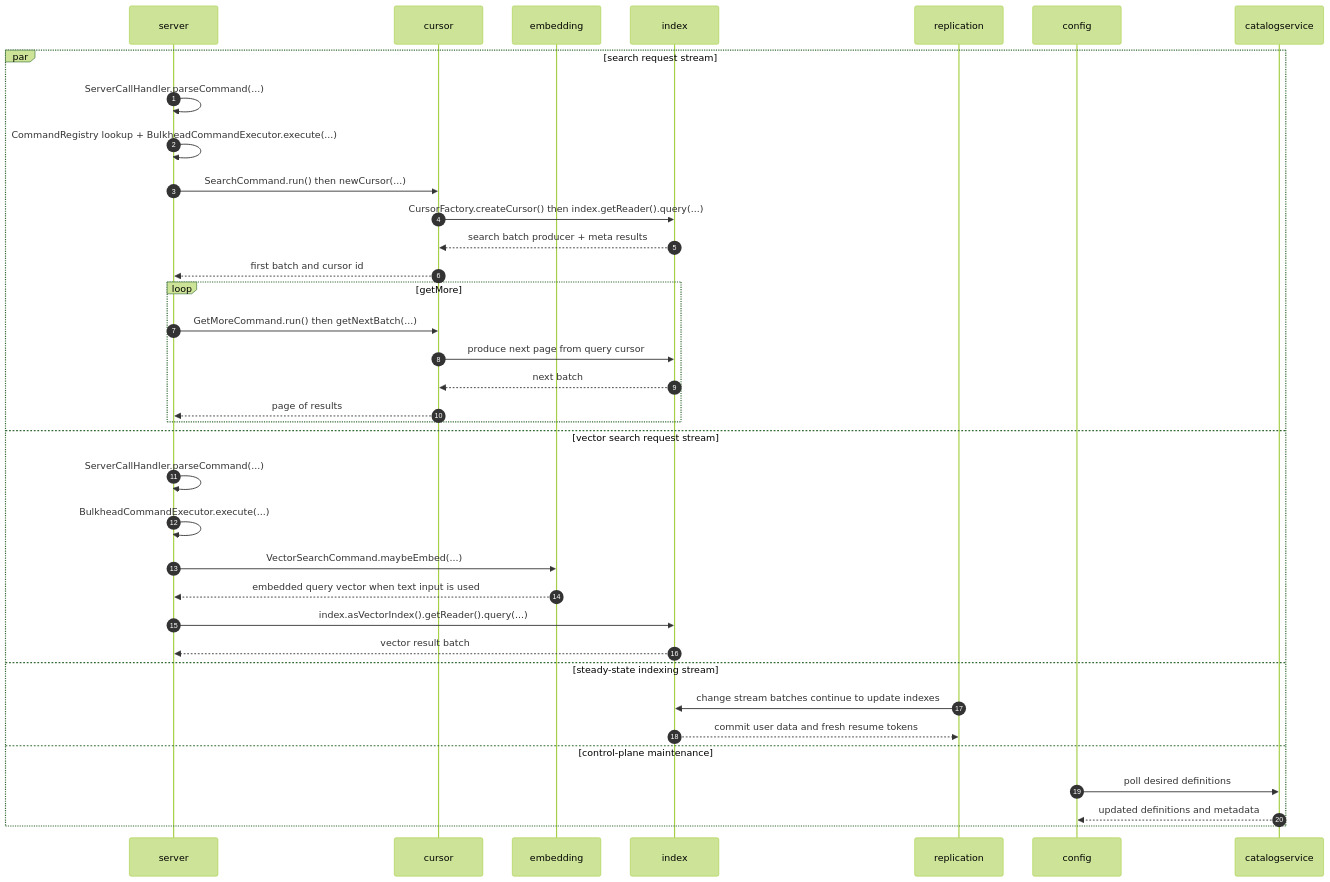
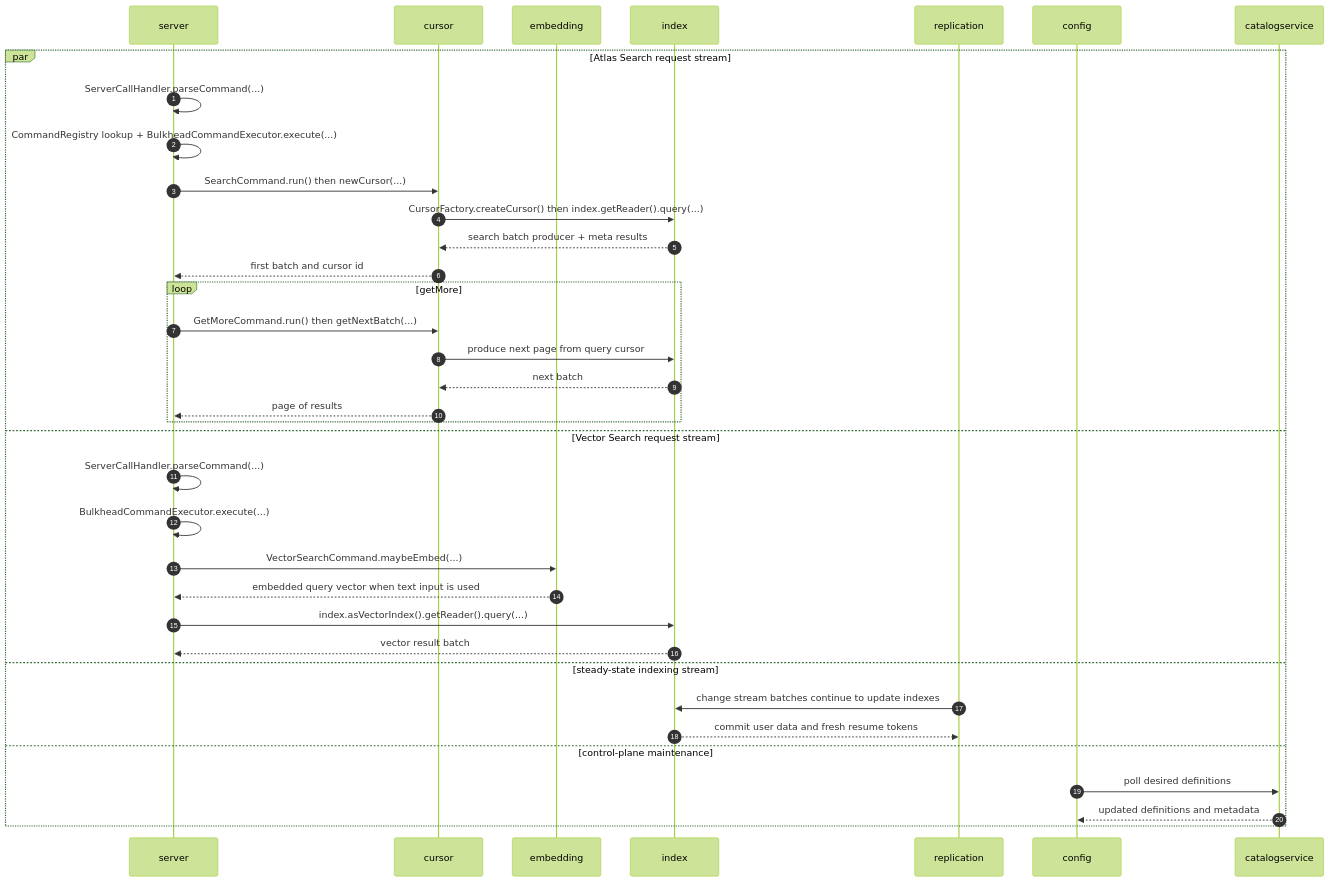
One commit to luketn/mongot changed the third of 4 diagrams in MONGOT_TIMELINE.md. Above: the diagram before and after it, drawn with Mermaid (forest theme). The commit also changed other lines of this file, not shown here.

Commit message:
Add headers to each timeline section and adjust to new stories

````diff
--- a/MONGOT_TIMELINE.md
+++ b/MONGOT_TIMELINE.md
@@ -120,39 +126,39 @@
 ```mermaid
 sequenceDiagram
     autonumber
     participant server as server
     participant cursor as cursor
     participant embedding as embedding
     participant index as index
     participant replication as replication
     participant config as config
     participant catalogservice as catalogservice
 
-    par search request stream
+    par Atlas Search request stream
         server->>server: ServerCallHandler.parseCommand(...)
         server->>server: CommandRegistry lookup + BulkheadCommandExecutor.execute(...)
         server->>cursor: SearchCommand.run() then newCursor(...)
         cursor->>index: CursorFactory.createCursor() then index.getReader().query(...)
         index-->>cursor: search batch producer + meta results
         cursor-->>server: first batch and cursor id
         loop getMore
             server->>cursor: GetMoreCommand.run() then getNextBatch(...)
             cursor->>index: produce next page from query cursor
             index-->>cursor: next batch
             cursor-->>server: page of results
         end
-    and vector search request stream
+    and Vector Search request stream
         server->>server: ServerCallHandler.parseCommand(...)
         server->>server: BulkheadCommandExecutor.execute(...)
         server->>embedding: VectorSearchCommand.maybeEmbed(...)
         embedding-->>server: embedded query vector when text input is used
         server->>index: index.asVectorIndex().getReader().query(...)
         index-->>server: vector result batch
     and steady-state indexing stream
         replication->>index: change stream batches continue to update indexes
         index-->>replication: commit user data and fresh resume tokens
     and control-plane maintenance
         config->>catalogservice: poll desired definitions
         catalogservice-->>config: updated definitions and metadata
     end
 ```
````
